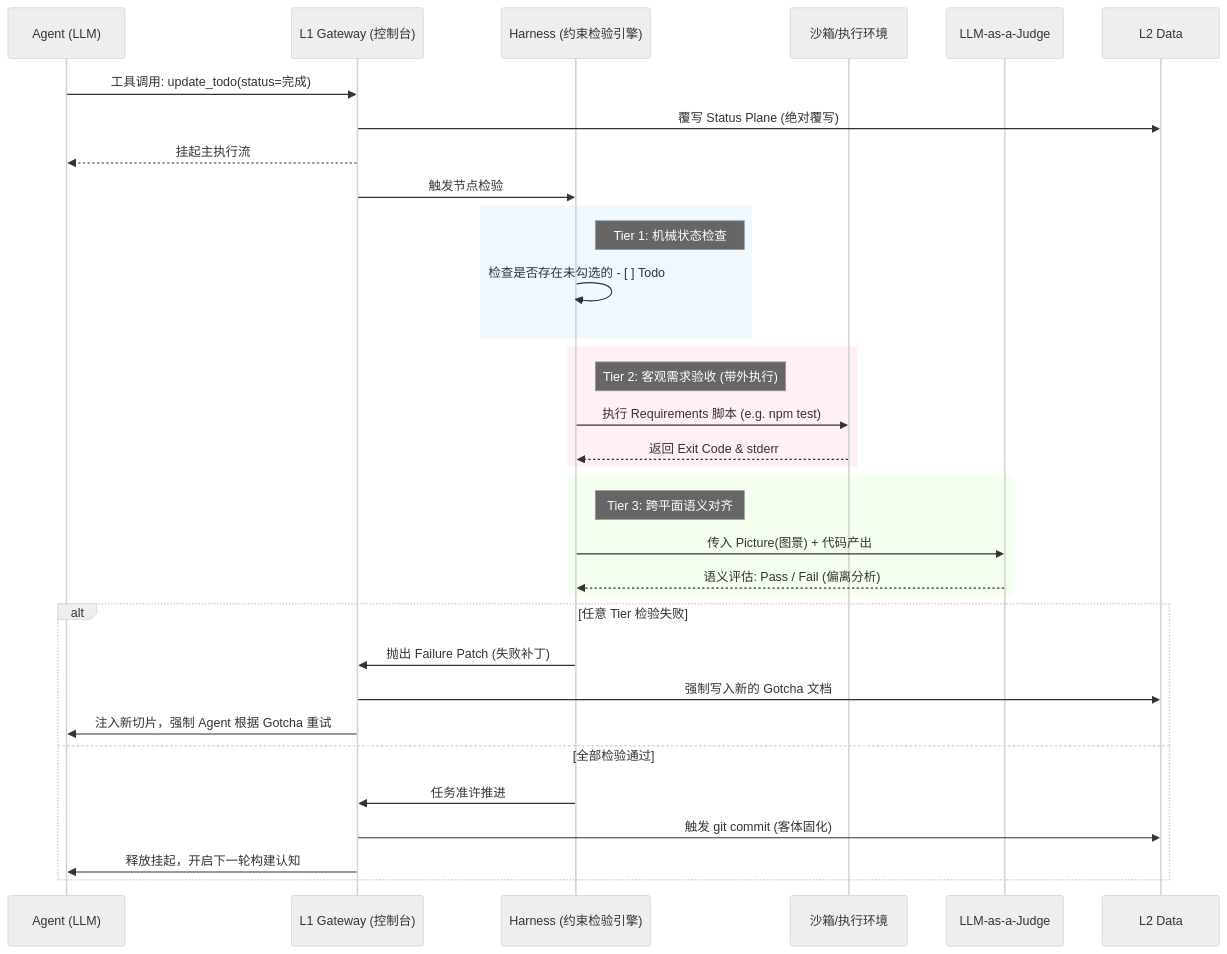
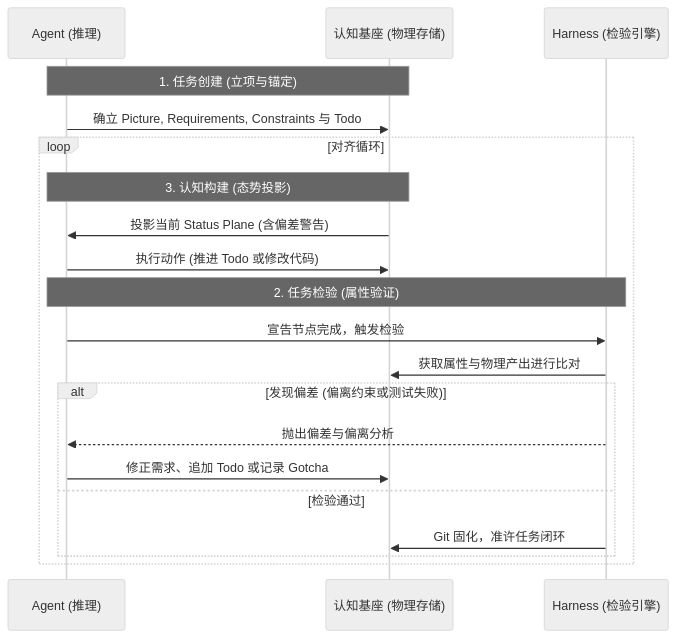
One commit to Lazyn0tBug/mem0ress changed the third of 3 diagrams in docs/spec.md. Above: the diagram before and after it, drawn with Mermaid (neutral theme). The commit also changed other lines of this file and 1 other file, not shown here.

````diff
--- a/docs/spec.md
+++ b/docs/spec.md
@@ -361,41 +203,27 @@
 ```mermaid
-%% label：检验认知 (属性驱动的对齐验证)
+%% label：认知对齐生命周期
 sequenceDiagram
-    participant LLM as Agent (LLM)
-    participant L1 as L1 Gateway (控制台)
-    participant Harness as Harness (约束检验引擎)
-    participant OS as 沙箱/执行环境
-    participant Judge as LLM-as-a-Judge
+    participant Agent as Agent (推理)
+    participant Substrate as 认知基座 (物理存储)
+    participant Harness as Harness (检验引擎)
 
-    LLM->>L1: 工具调用: update_todo(status=完成)
-    L1->>L2 Data: 覆写 Status Plane (绝对覆写)
-    L1-->>LLM: 挂起主执行流
-    L1->>Harness: 触发节点检验
-
-    rect rgb(240, 248, 255)
-        note right of Harness: Tier 1: 机械状态检查
-        Harness->>Harness: 检查是否存在未勾选的 - [ ] Todo
-    end
-
-    rect rgb(255, 240, 245)
-        note right of Harness: Tier 2: 客观需求验收 (带外执行)
-        Harness->>OS: 执行 Requirements 脚本 (e.g. npm test)
-        OS-->>Harness: 返回 Exit Code & stderr
-    end
-
-    rect rgb(245, 255, 240)
-        note right of Harness: Tier 3: 跨平面语义对齐
-        Harness->>Judge: 传入 Picture(图景) + 代码产出
-        Judge-->>Harness: 语义评估: Pass / Fail (偏离分析)
-    end
-
-    alt 任意 Tier 检验失败
-        Harness->>L1: 抛出 Failure Patch (失败补丁)
-        L1->>L2 Data: 强制写入新的 Gotcha 文档
-        L1->>LLM: 注入新切片，强制 Agent 根据 Gotcha 重试
-    else 全部检验通过
-        Harness->>L1: 任务准许推进
-        L1->>L2 Data: 触发 git commit (客体固化)
-        L1->>LLM: 释放挂起，开启下一轮构建认知
+    Note over Agent, Substrate: 1. 任务创建 (立项与锚定)
+    Agent->>Substrate: 确立 Picture, Requirements, Constraints 与 Todo
+    
+    loop 对齐循环
+        Note over Agent, Substrate: 3. 认知构建 (态势投影)
+        Substrate->>Agent: 投影当前 Status Plane (含偏差警告)
+        Agent->>Substrate: 执行动作 (推进 Todo 或修改代码)
+        
+        Note over Agent, Harness: 2. 任务检验 (属性验证)
+        Agent->>Harness: 宣告节点完成，触发检验
+        Harness->>Substrate: 获取属性与物理产出进行比对
+        
+        alt 发现偏差 (偏离约束或测试失败)
+            Harness-->>Agent: 抛出偏差与偏离分析
+            Agent->>Substrate: 修正需求、追加 Todo 或记录 Gotcha
+        else 检验通过
+            Harness->>Substrate: Git 固化，准许任务闭环
+        end
     end
 ```
````
